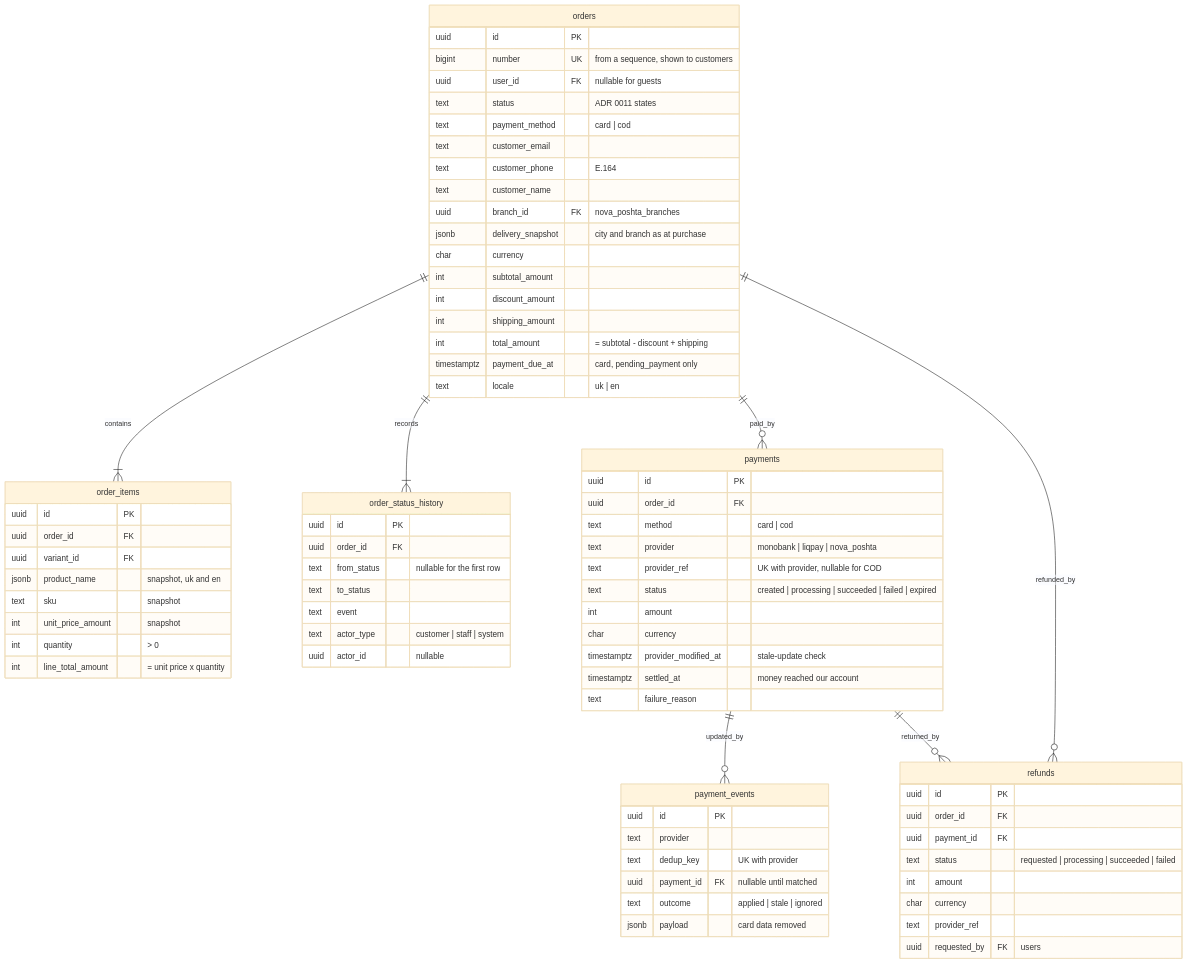
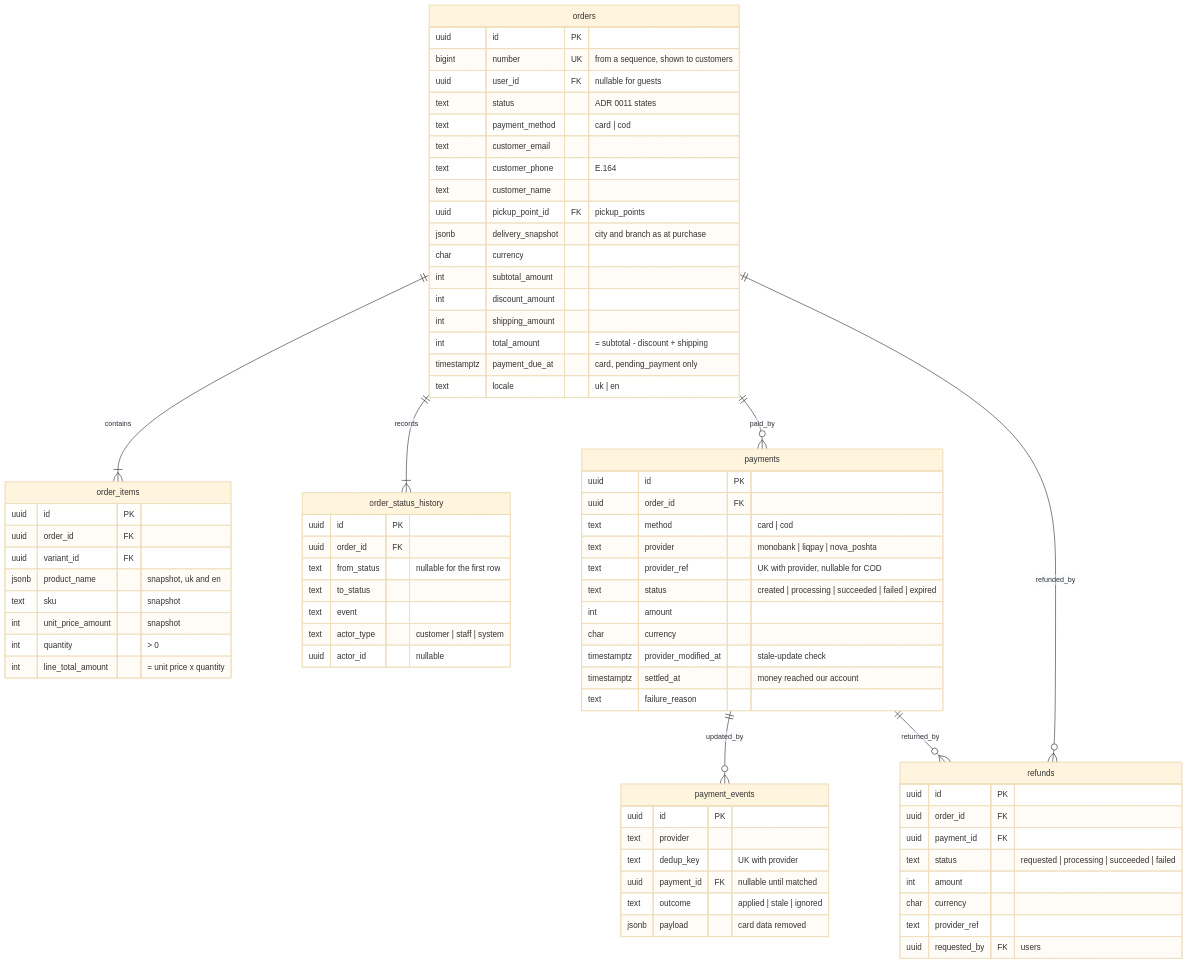
Before and after one commit to inhix/nodejs-shop: the fourth of 6 diagrams in docs/architecture.md, drawn with Mermaid (base theme). The commit also changed other lines of this file and 1 other file, not shown here.

First line of the commit message:
docs(docs): name carrier directories pickup_points and delivery_cities

````diff
--- a/docs/architecture.md
+++ b/docs/architecture.md
@@ -219,78 +219,78 @@
 ```mermaid
 erDiagram
     orders ||--|{ order_items : contains
     orders ||--|{ order_status_history : records
     orders ||--o{ payments : paid_by
     payments ||--o{ payment_events : updated_by
     orders ||--o{ refunds : refunded_by
     payments ||--o{ refunds : returned_by
     orders {
         uuid id PK
         bigint number UK "from a sequence, shown to customers"
         uuid user_id FK "nullable for guests"
         text status "ADR 0011 states"
         text payment_method "card | cod"
         text customer_email
         text customer_phone "E.164"
         text customer_name
-        uuid branch_id FK "nova_poshta_branches"
+        uuid pickup_point_id FK "pickup_points"
         jsonb delivery_snapshot "city and branch as at purchase"
         char currency
         int subtotal_amount
         int discount_amount
         int shipping_amount
         int total_amount "= subtotal - discount + shipping"
         timestamptz payment_due_at "card, pending_payment only"
         text locale "uk | en"
     }
     order_items {
         uuid id PK
         uuid order_id FK
         uuid variant_id FK
         jsonb product_name "snapshot, uk and en"
         text sku "snapshot"
         int unit_price_amount "snapshot"
         int quantity "> 0"
         int line_total_amount "= unit price x quantity"
     }
     order_status_history {
         uuid id PK
         uuid order_id FK
         text from_status "nullable for the first row"
         text to_status
         text event
         text actor_type "customer | staff | system"
         uuid actor_id "nullable"
     }
     payments {
         uuid id PK
         uuid order_id FK
         text method "card | cod"
         text provider "monobank | liqpay | nova_poshta"
         text provider_ref "UK with provider, nullable for COD"
         text status "created | processing | succeeded | failed | expired"
         int amount
         char currency
         timestamptz provider_modified_at "stale-update check"
         timestamptz settled_at "money reached our account"
         text failure_reason
     }
     payment_events {
         uuid id PK
         text provider
         text dedup_key "UK with provider"
         uuid payment_id FK "nullable until matched"
         text outcome "applied | stale | ignored"
         jsonb payload "card data removed"
     }
     refunds {
         uuid id PK
         uuid order_id FK
         uuid payment_id FK
         text status "requested | processing | succeeded | failed"
         int amount
         char currency
         text provider_ref
         uuid requested_by FK "users"
     }
 ```
````
